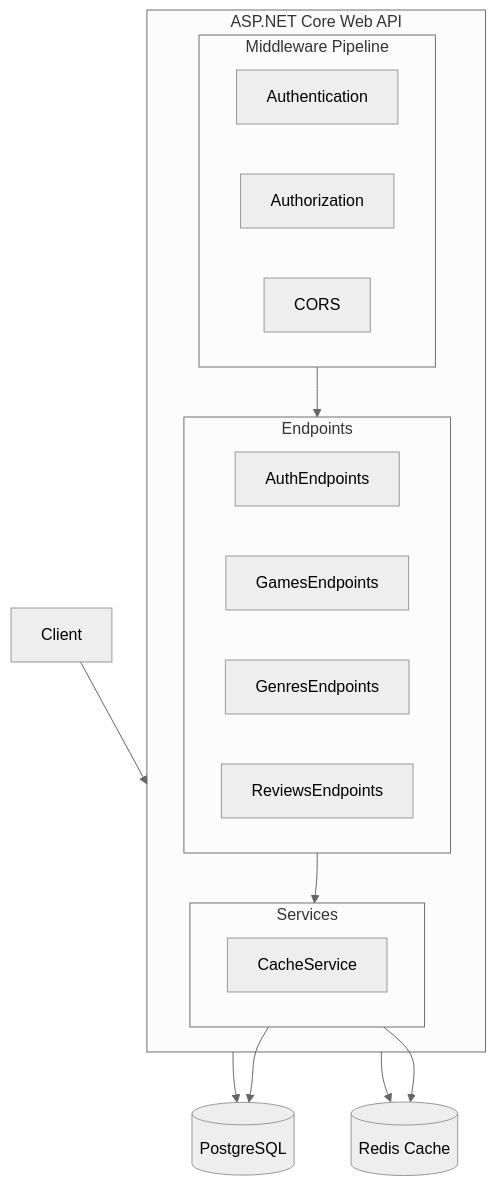
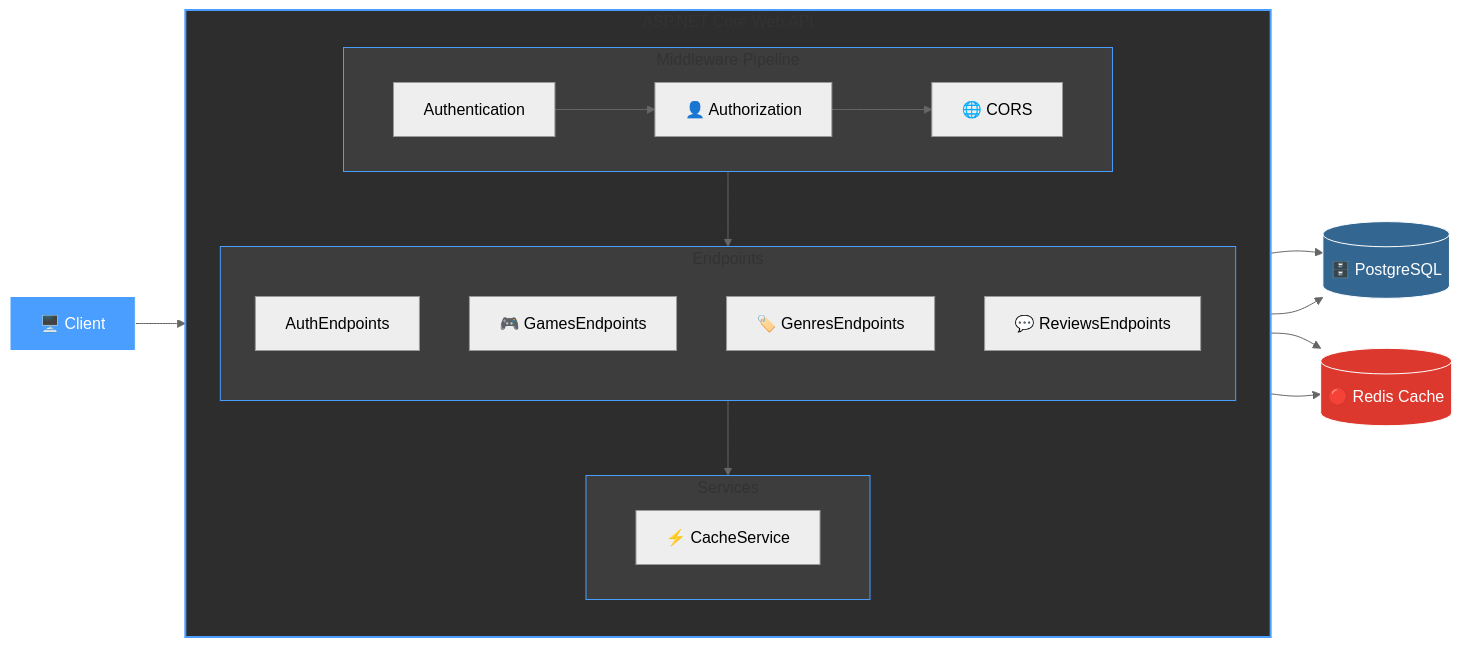
Before and after one commit to nokinsddd/GameStore.Api: the diagram in README.md, drawn with Mermaid (neutral theme).

Commit message:
Readme update

````diff
--- a/README.md
+++ b/README.md
@@ -68,31 +68,41 @@
 ```mermaid
-graph TB
-    Client[Client] --> API[ASP.NET Core Web API]
+graph LR
+    Client["🖥️ Client"] --> API["ASP.NET Core Web API"]
     
     subgraph API["ASP.NET Core Web API"]
+        direction TB
+        
         subgraph Middleware["Middleware Pipeline"]
-            Auth[Authentication]
-            AuthZ[Authorization]
-            CORS[CORS]
+            direction LR
+            Auth[" Authentication"] --> AuthZ["👤 Authorization"] --> CORS["🌐 CORS"]
         end
         
         subgraph Endpoints["Endpoints"]
-            AuthEP[AuthEndpoints]
-            GamesEP[GamesEndpoints]
-            GenresEP[GenresEndpoints]
-            ReviewsEP[ReviewsEndpoints]
+            direction TB
+            AuthEP[" AuthEndpoints"]
+            GamesEP["🎮 GamesEndpoints"]
+            GenresEP["🏷️ GenresEndpoints"]
+            ReviewsEP["💬 ReviewsEndpoints"]
         end
         
         subgraph Services["Services"]
-            Cache[CacheService]
+            Cache["⚡ CacheService"]
         end
     end
     
-    API --> DB[(PostgreSQL)]
-    API --> Redis[(Redis Cache)]
+    API --> DB[("🗄️ PostgreSQL")]
+    API --> Redis[("🔴 Redis Cache")]
     
     Middleware --> Endpoints
     Endpoints --> Services
     Services --> DB
     Services --> Redis
+    
+    style API fill:#2d2d2d,stroke:#4a9eff,stroke-width:2px
+    style Middleware fill:#3d3d3d,stroke:#4a9eff
+    style Endpoints fill:#3d3d3d,stroke:#4a9eff
+    style Services fill:#3d3d3d,stroke:#4a9eff
+    style DB fill:#336791,stroke:#fff,color:#fff
+    style Redis fill:#dc382d,stroke:#fff,color:#fff
+    style Client fill:#4a9eff,stroke:#fff,color:#fff
 ```
````
